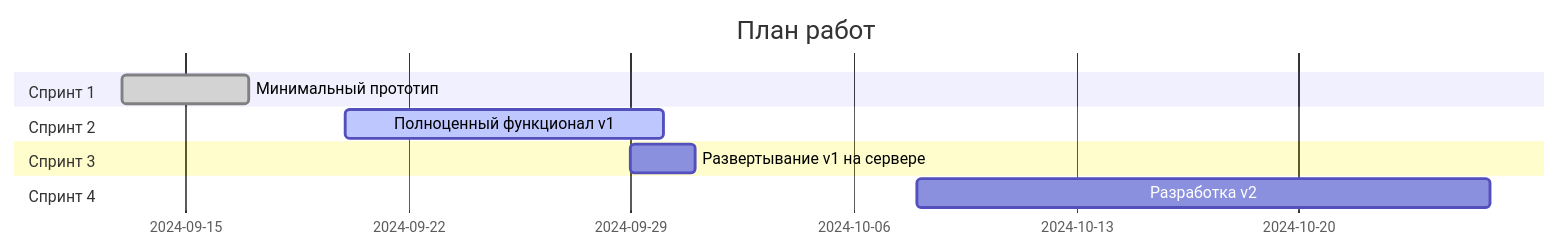
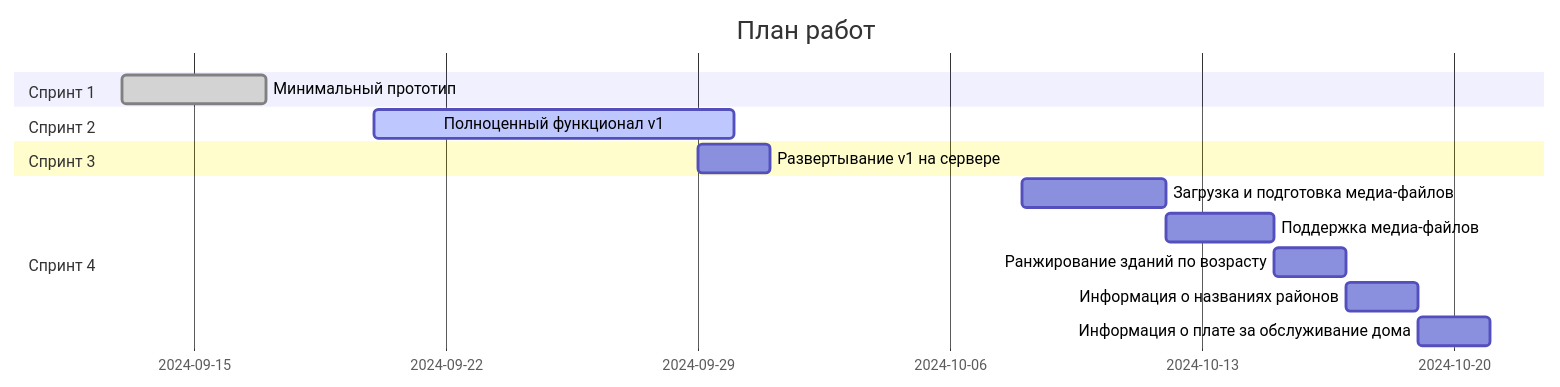
Before and after one commit to worker-one/real_estate_telegram_bot: the diagram in ROADMAP.md, drawn with Mermaid. The commit also changed other lines of this file, not shown here.

````diff
--- a/ROADMAP.md
+++ b/ROADMAP.md
@@ -94,13 +94,18 @@
 ```mermaid
 gantt
     dateFormat  YYYY-MM-DD
     title План работ
     section Спринт 1
     Минимальный прототип        :done, 2024-09-13, 4d
     section Спринт 2
     Полноценный функционал v1      :active, 2024-09-20, 10d
     section Спринт 3
     Развертывание v1 на сервере    :2024-09-29, 2d
     section Спринт 4
-    Разработка v2    :2024-10-08, 18d
+    Загрузка и подготовка медиа-файлов    :2024-10-08, 4d
+    Поддержка медиа-файлов      :2024-10-12, 3d
+    Ранжирование зданий по возрасту :2024-10-15, 2d
+    Информация о названиях районов :2024-10-17, 2d
+    Информация о плате за обслуживание дома :2024-10-19, 2d
+
 ```
````
